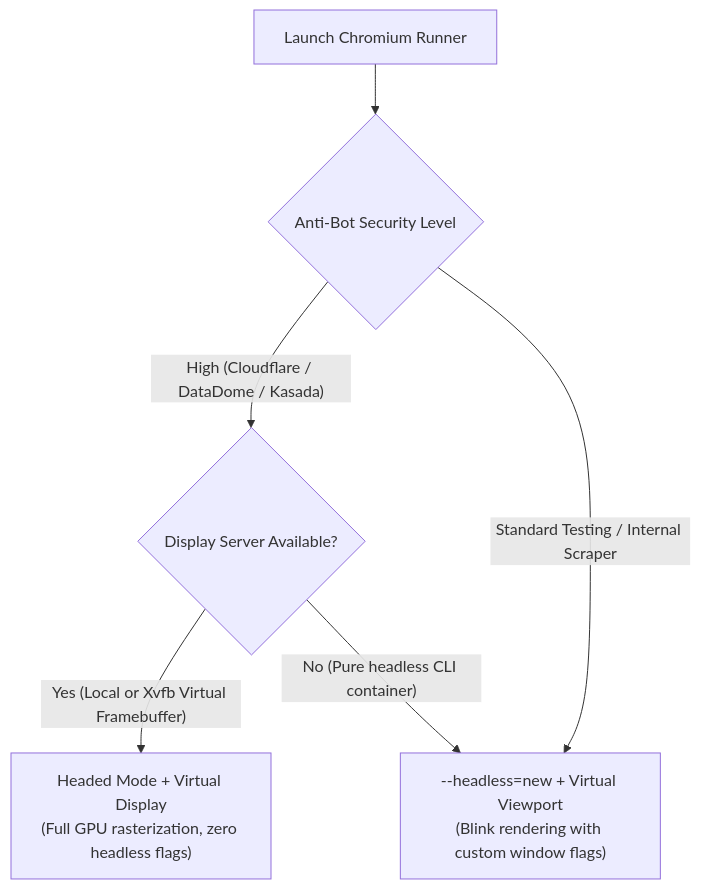
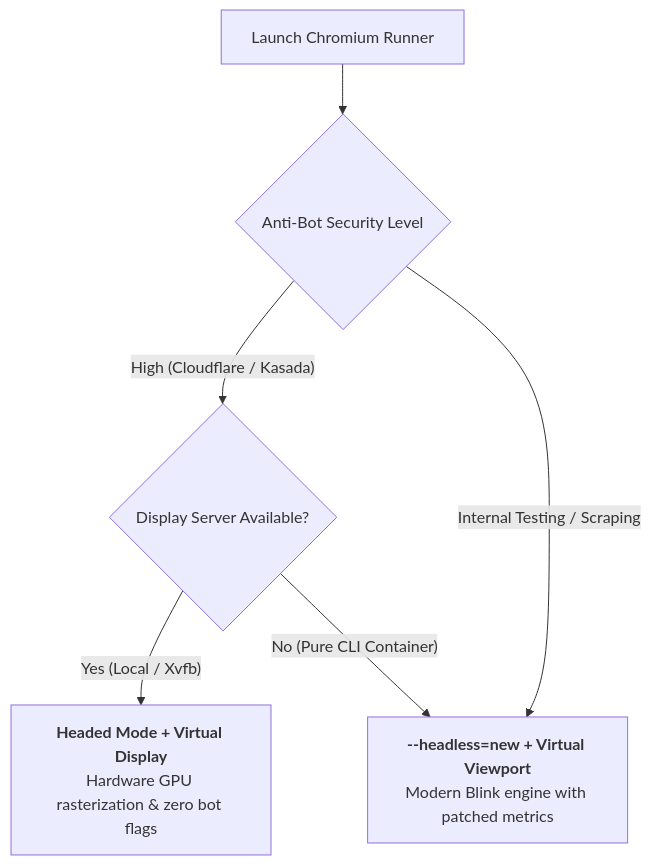
One commit to naimurhasan/naimurhasan.github.io changed the first of 3 diagrams in _posts/2026-10-11-headless-chrome-vs-headed-chrome.md. Above: the diagram before and after it, drawn with Mermaid. The commit also changed other lines of this file and 28 other files, not shown here.

Commit message:
fix(blog): refactor all Mermaid diagrams to vertical legible layouts and restore in-body illustrations

````diff
--- a/_posts/2026-10-11-headless-chrome-vs-headed-chrome.md
+++ b/_posts/2026-10-11-headless-chrome-vs-headed-chrome.md
@@ -26,8 +26,8 @@
 ```mermaid
-graph TD
+flowchart TD
   Start["Launch Chromium Runner"] --> Target{"Anti-Bot Security Level"}
-  Target -- "High (Cloudflare / DataDome / Kasada)" --> Mode{"Display Server Available?"}
-  Mode -- "Yes (Local or Xvfb Virtual Framebuffer)" --> Headed["Headed Mode + Virtual Display<br/>(Full GPU rasterization, zero headless flags)"]
-  Mode -- "No (Pure headless CLI container)" --> HeadlessNew["--headless=new + Virtual Viewport<br/>(Blink rendering with custom window flags)"]
-  Target -- "Standard Testing / Internal Scraper" --> HeadlessNew
+  Target -- "High (Cloudflare / Kasada)" --> Mode{"Display Server Available?"}
+  Mode -- "Yes (Local / Xvfb)" --> Headed["<b>Headed Mode + Virtual Display</b><br/>Hardware GPU rasterization & zero bot flags"]
+  Mode -- "No (Pure CLI Container)" --> HeadlessNew["<b>--headless=new + Virtual Viewport</b><br/>Modern Blink engine with patched metrics"]
+  Target -- "Internal Testing / Scraping" --> HeadlessNew
 ```
````
